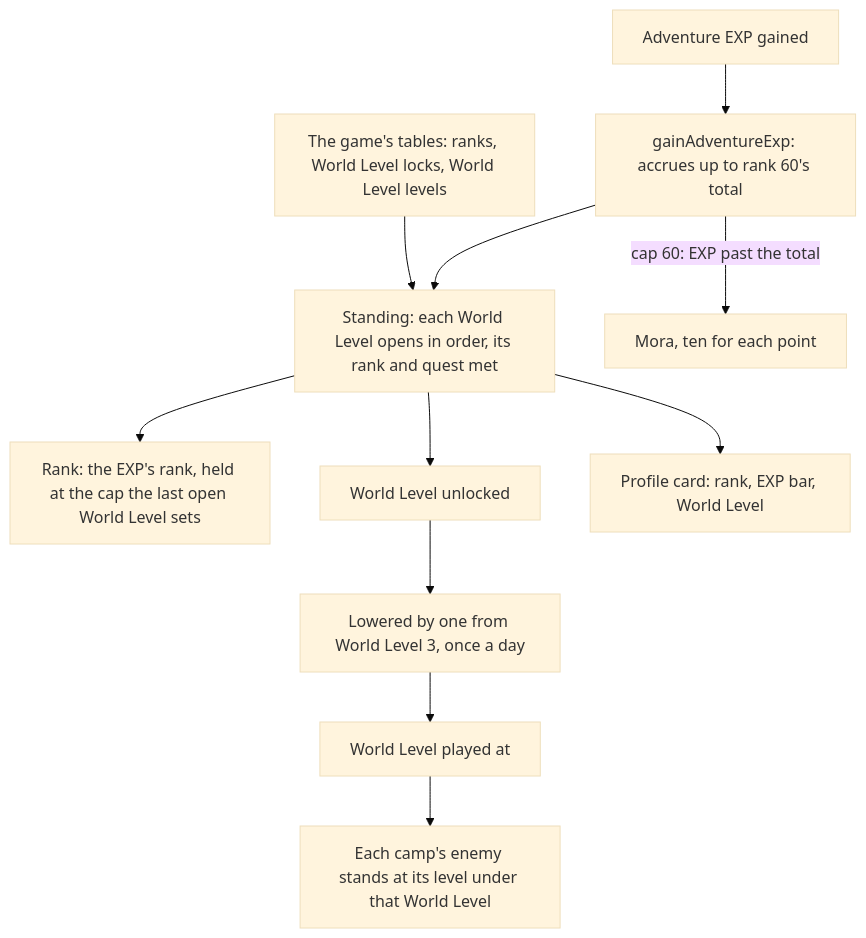
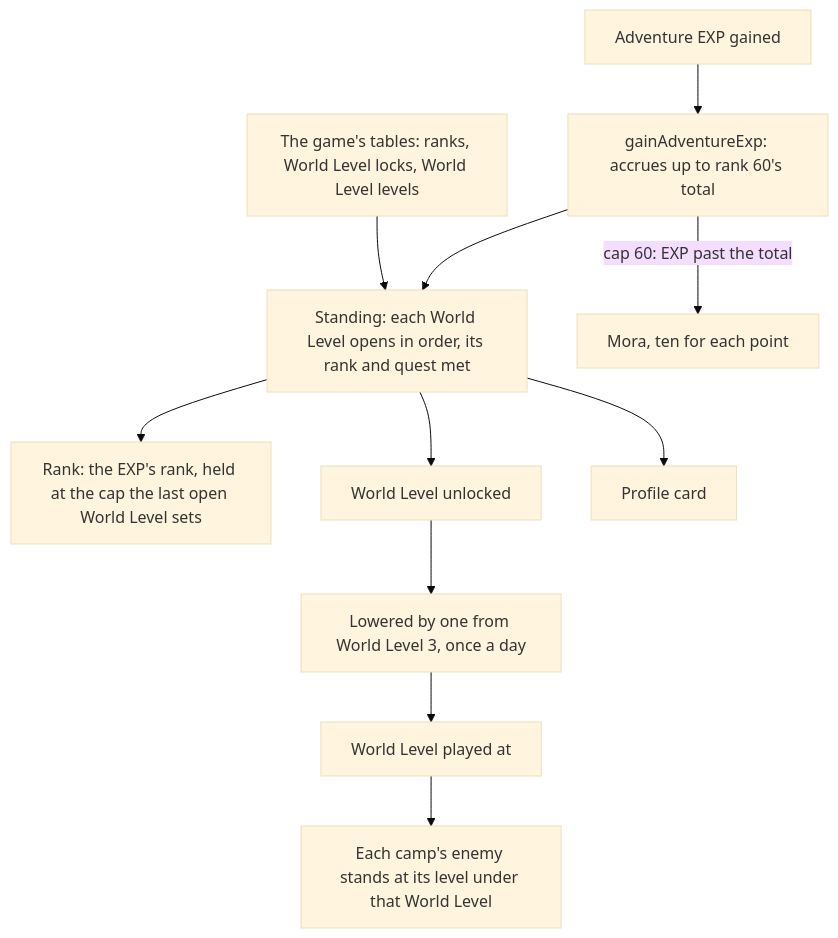
The diagram in openspec/specs/genshin/adventure-rank/design.md (Esposter/Esposter), drawn with Mermaid (base theme) before and after one commit. The commit also changed other lines of this file and 8 other files, not shown here.

````diff
--- a/openspec/specs/genshin/adventure-rank/design.md
+++ b/openspec/specs/genshin/adventure-rank/design.md
@@ -7,13 +7,13 @@
 ```mermaid
 flowchart TD
   T["The game's tables: ranks, World Level locks, World Level levels"] --> ST["Standing: each World Level opens in order, its rank and quest met"]
   E["Adventure EXP gained"] --> G["gainAdventureExp: accrues up to rank 60's total"]
   G --> ST
   ST --> R["Rank: the EXP's rank, held at the cap the last open World Level sets"]
   ST --> WL["World Level unlocked"]
-  ST --> CARD["Profile card: rank, EXP bar, World Level"]
+  ST --> CARD["Profile card"]
   WL --> L["Lowered by one from World Level 3, once a day"]
   L --> W["World Level played at"]
   W --> S["Each camp's enemy stands at its level under that World Level"]
   G -->|"cap 60: EXP past the total"| M["Mora, ten for each point"]
 ```
````
